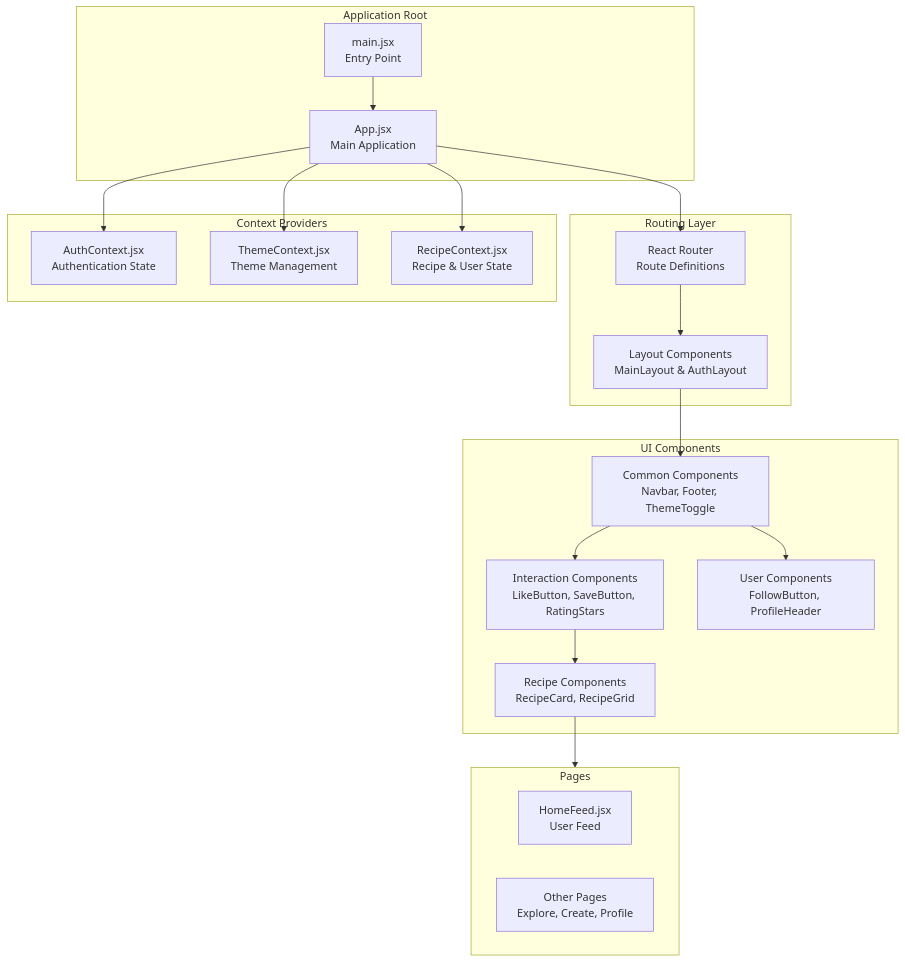
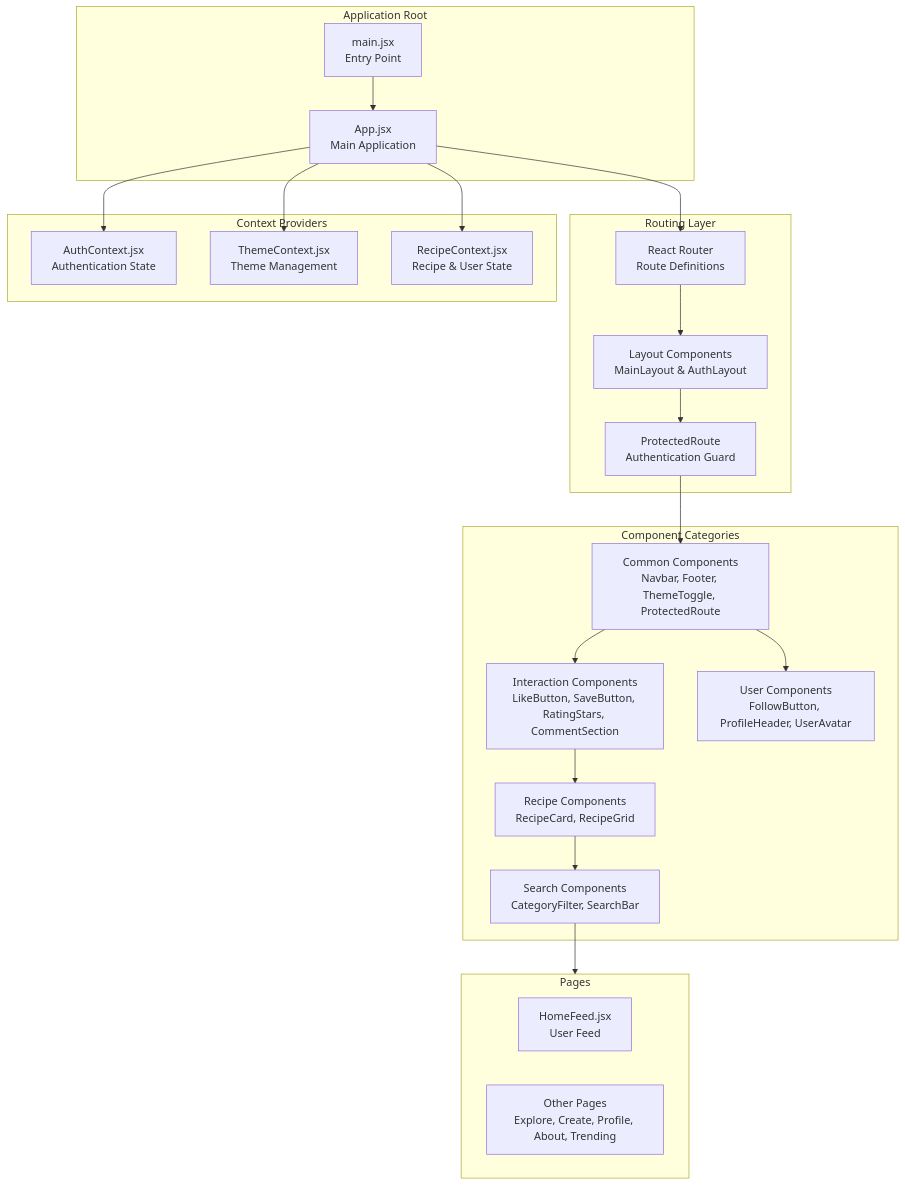
The first of 14 diagrams in .qoder/repowiki/en/content/Component System Architecture.md (aayeshasiddiqah2611-pixel/flavora_ai_server), drawn with Mermaid before and after one commit. The commit also changed other lines of this file and 20 other files, not shown here.

````diff
--- a/.qoder/repowiki/en/content/Component System Architecture.md
+++ b/.qoder/repowiki/en/content/Component System Architecture.md
@@ -41,37 +57,41 @@
 ```mermaid
 graph TB
 subgraph "Application Root"
 Main["main.jsx<br/>Entry Point"]
 App["App.jsx<br/>Main Application"]
 end
 subgraph "Routing Layer"
 Routes["React Router<br/>Route Definitions"]
 Layouts["Layout Components<br/>MainLayout & AuthLayout"]
+Protected["ProtectedRoute<br/>Authentication Guard"]
 end
 subgraph "Context Providers"
 AuthCtx["AuthContext.jsx<br/>Authentication State"]
 ThemeCtx["ThemeContext.jsx<br/>Theme Management"]
 RecipeCtx["RecipeContext.jsx<br/>Recipe & User State"]
 end
-subgraph "UI Components"
-Common["Common Components<br/>Navbar, Footer, ThemeToggle"]
-Interactions["Interaction Components<br/>LikeButton, SaveButton, RatingStars"]
-UserComponents["User Components<br/>FollowButton, ProfileHeader"]
-RecipeComponents["Recipe Components<br/>RecipeCard, RecipeGrid"]
+subgraph "Component Categories"
+Common["Common Components<br/>Navbar, Footer, ThemeToggle, ProtectedRoute"]
+Interactions["Interaction Components<br/>LikeButton, SaveButton, RatingStars, CommentSection"]
+User["User Components<br/>FollowButton, ProfileHeader, UserAvatar"]
+Recipe["Recipe Components<br/>RecipeCard, RecipeGrid"]
+Search["Search Components<br/>CategoryFilter, SearchBar"]
 end
 subgraph "Pages"
 HomePage["HomeFeed.jsx<br/>User Feed"]
-OtherPages["Other Pages<br/>Explore, Create, Profile"]
+OtherPages["Other Pages<br/>Explore, Create, Profile, About, Trending"]
 end
 Main --> App
 App --> Routes
 Routes --> Layouts
-Layouts --> Common
+Layouts --> Protected
+Protected --> Common
 Common --> Interactions
-Common --> UserComponents
-Interactions --> RecipeComponents
-RecipeComponents --> Pages
+Common --> User
+Interactions --> Recipe
+Recipe --> Search
+Search --> Pages
 App --> AuthCtx
 App --> ThemeCtx
 App --> RecipeCtx
 ```
````
